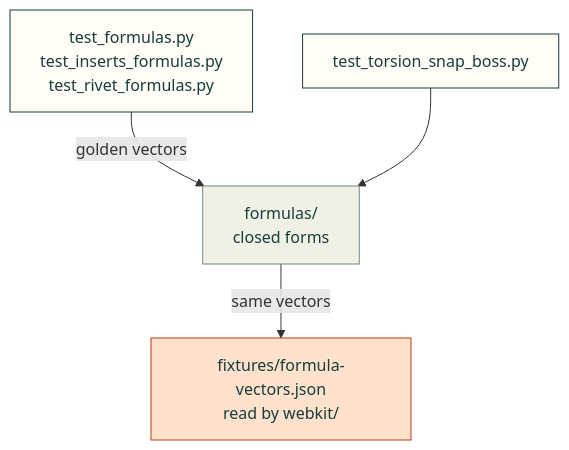
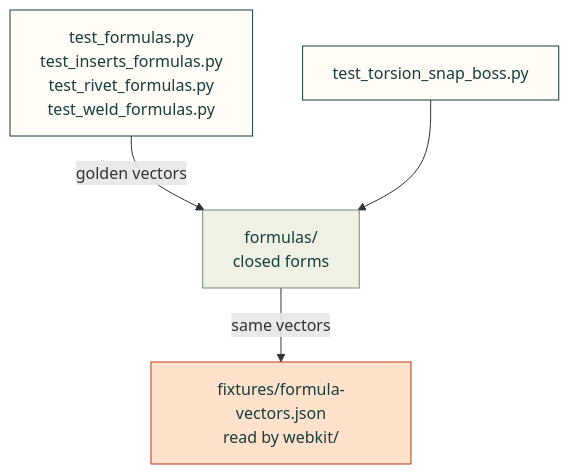
Before and after one commit to Valpatel/cad-agent: the diagram in tests/formulas/README.md, drawn with Mermaid. The commit also changed other lines of this file and 9 other files, not shown here.

First line of the commit message:
formulas: static strength of fillet welds, with a weld group as a line (#578)

````diff
--- a/tests/formulas/README.md
+++ b/tests/formulas/README.md
@@ -8,12 +8,12 @@
 ```mermaid
 flowchart TD
-    F["test_formulas.py<br/>test_inserts_formulas.py<br/>test_rivet_formulas.py"] -->|"golden vectors"| X["formulas/<br/>closed forms"]
+    F["test_formulas.py<br/>test_inserts_formulas.py<br/>test_rivet_formulas.py<br/>test_weld_formulas.py"] -->|"golden vectors"| X["formulas/<br/>closed forms"]
     T["test_torsion_snap_boss.py"] --> X
     X -->|"same vectors"| V["fixtures/formula-vectors.json<br/>read by webkit/"]
     classDef here fill:#fffdf5,stroke:#173d3c,color:#173d3c
     classDef near fill:#eef1e4,stroke:#6f8a80,color:#173d3c
     classDef out fill:#ffe1cc,stroke:#bd3a12,color:#173d3c
     class F,T here
     class X near
     class V out
 ```
````
